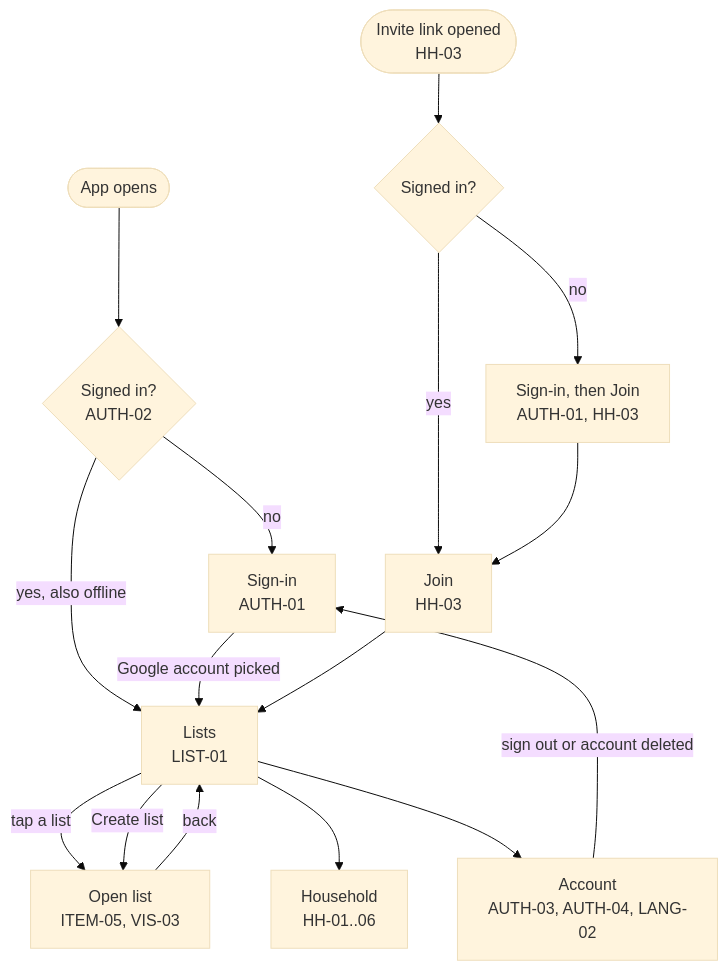
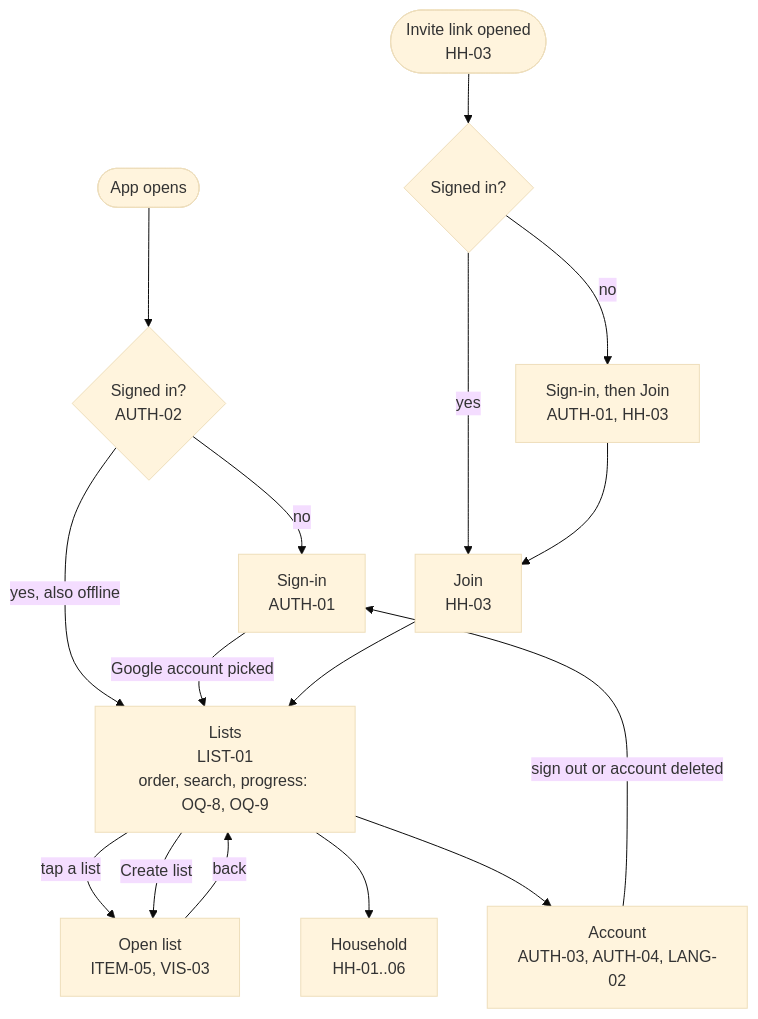
One commit to bondo/listicles2 changed the first of 10 diagrams in docs/product/flow.md. Above: the diagram before and after it, drawn with Mermaid (base theme). The commit also changed other lines of this file, not shown here.

````diff
--- a/docs/product/flow.md
+++ b/docs/product/flow.md
@@ -25,18 +27,18 @@
 ```mermaid
 flowchart TD
     start(["App opens"]) --> signed{"Signed in?<br>AUTH-02"}
     signed -- "no" --> signin["Sign-in<br>AUTH-01"]
-    signed -- "yes, also offline" --> lists["Lists<br>LIST-01"]
+    signed -- "yes, also offline" --> lists["Lists<br>LIST-01<br>order, search, progress: OQ-8, OQ-9"]
     signin -- "Google account picked" --> lists
     link(["Invite link opened<br>HH-03"]) --> signed2{"Signed in?"}
     signed2 -- "no" --> signin2["Sign-in, then Join<br>AUTH-01, HH-03"]
     signed2 -- "yes" --> join["Join<br>HH-03"]
     signin2 --> join
     join --> lists
     lists -- "tap a list" --> open["Open list<br>ITEM-05, VIS-03"]
     lists -- "Create list" --> open
     lists --> household["Household<br>HH-01..06"]
     lists --> account["Account<br>AUTH-03, AUTH-04, LANG-02"]
     open -- "back" --> lists
     account -- "sign out or account deleted" --> signin
 ```
````
